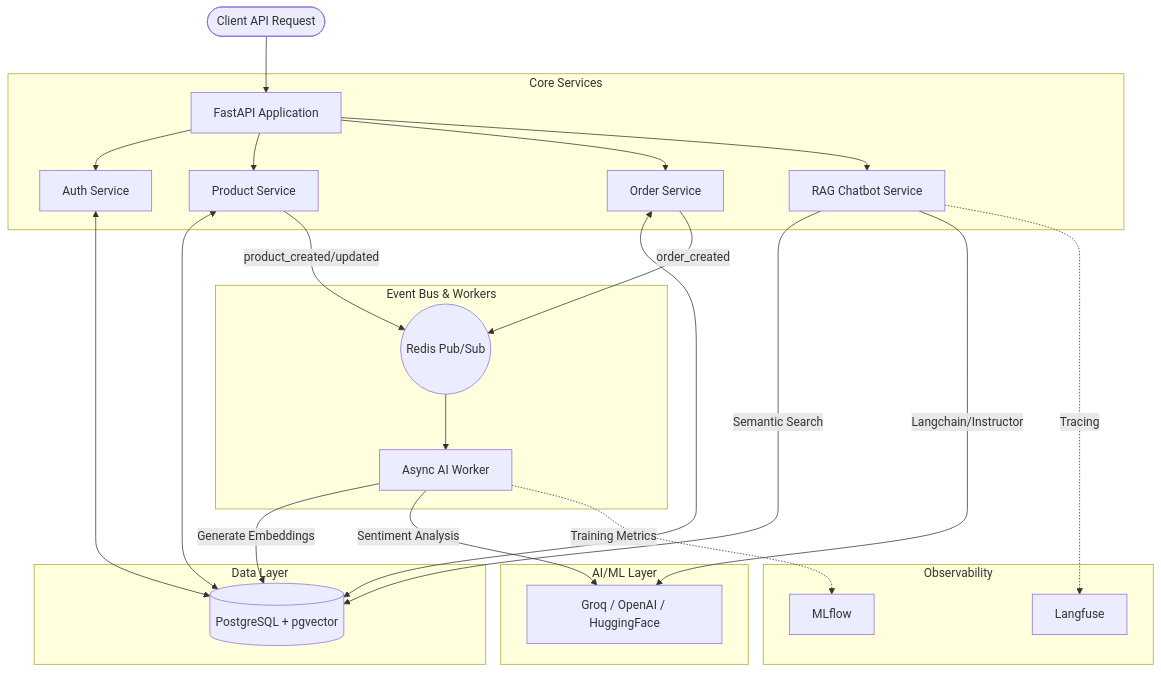
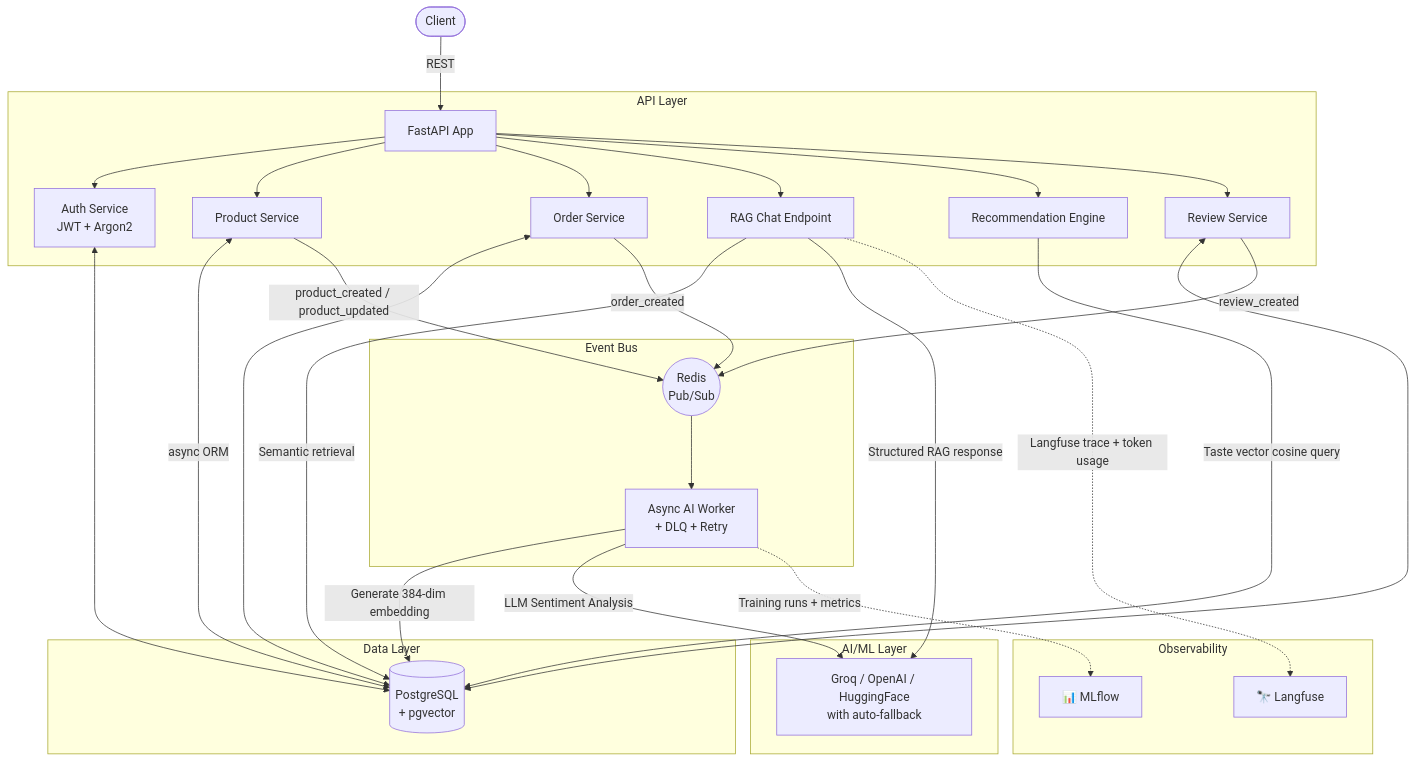
One commit to mehul0071/event-driven-ecommerce-backend changed the diagram in README.md. Above: the diagram before and after it, drawn with Mermaid. The commit also changed other lines of this file, not shown here.

````diff
--- a/README.md
+++ b/README.md
@@ -17,35 +34,40 @@
 ```mermaid
 graph TD
-    Client([Client API Request]) --> API[FastAPI Application]
-    
-    subgraph Core Services
-        API --> Auth[Auth Service]
+    Client([Client]) -->|REST| API[FastAPI App]
+
+    subgraph API Layer
+        API --> Auth[Auth Service<br/>JWT + Argon2]
         API --> Product[Product Service]
         API --> Order[Order Service]
-        API --> Chat[RAG Chatbot Service]
+        API --> Chat[RAG Chat Endpoint]
+        API --> Rec[Recommendation Engine]
+        API --> Rev[Review Service]
     end
-    
+
     subgraph Data Layer
-        Product <--> DB[(PostgreSQL + pgvector)]
+        Product <-->|async ORM| DB[(PostgreSQL<br/>+ pgvector)]
         Order <--> DB
         Auth <--> DB
+        Rev <--> DB
     end
-    
-    subgraph Event Bus & Workers
-        Product -- product_created/updated --> Redis((Redis Pub/Sub))
+
+    subgraph Event Bus
+        Product -- product_created / product_updated --> Redis((Redis<br/>Pub/Sub))
         Order -- order_created --> Redis
-        Redis --> Worker[Async AI Worker]
-        Worker -- Generate Embeddings --> DB
+        Rev -- review_created --> Redis
+        Redis --> Worker[Async AI Worker<br/>+ DLQ + Retry]
     end
-    
+
     subgraph AI/ML Layer
-        Chat -- Semantic Search --> DB
-        Chat -- Langchain/Instructor --> LLM[Groq / OpenAI / HuggingFace]
-        Worker -- Sentiment Analysis --> LLM
+        Worker -- Generate 384-dim embedding --> DB
+        Worker -- LLM Sentiment Analysis --> LLM[Groq / OpenAI / HuggingFace<br/>with auto-fallback]
+        Chat -- Semantic retrieval --> DB
+        Chat -- Structured RAG response --> LLM
+        Rec -- Taste vector cosine query --> DB
     end
-    
+
     subgraph Observability
-        Chat -. Tracing .-> Langfuse[Langfuse]
-        Worker -. Training Metrics .-> MLflow[MLflow]
+        Chat -. Langfuse trace + token usage .-> Langfuse[🔭 Langfuse]
+        Worker -. Training runs + metrics .-> MLflow[📊 MLflow]
     end
 ```
````
